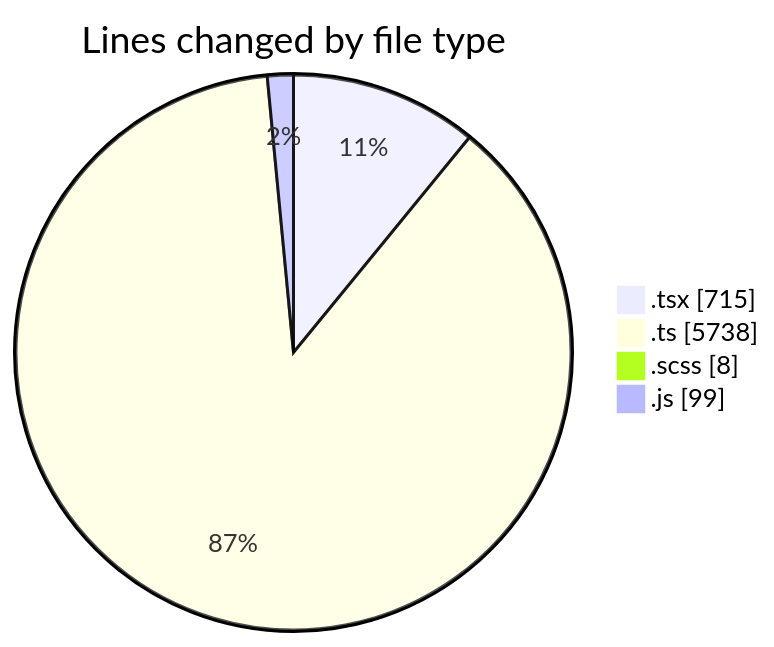
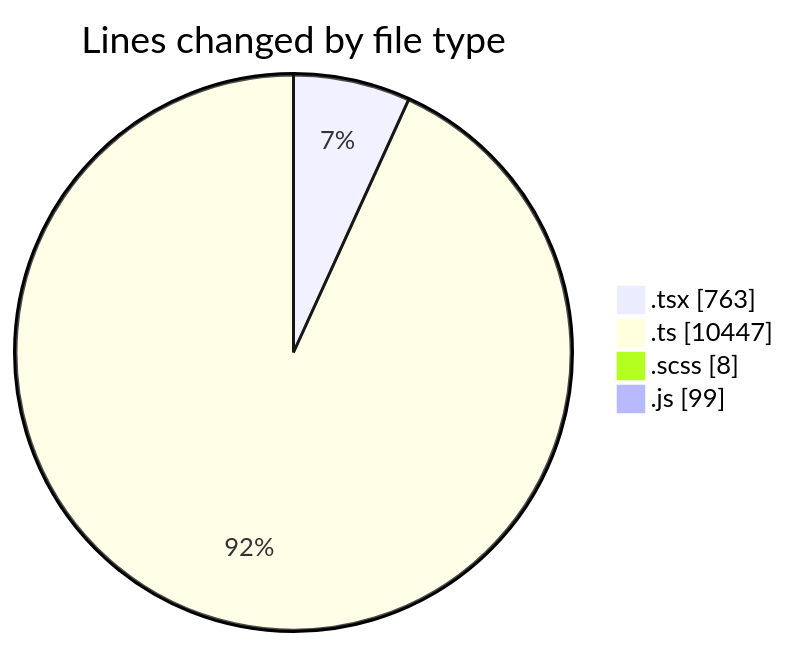
Before and after one commit to momahboobian/code-tracking: the first of 2 diagrams in 2025-03-26/cda/README.md, drawn with Mermaid. The commit also changed other lines of this file and 1 other file, not shown here.

````diff
--- a/2025-03-26/cda/README.md
+++ b/2025-03-26/cda/README.md
@@ -36,8 +38,8 @@
 ```mermaid
 pie showData
 title Lines changed by file type
-".tsx" : 715
-".ts" : 5738
+".tsx" : 763
+".ts" : 10447
 ".scss" : 8
 ".js" : 99
 ```
````
